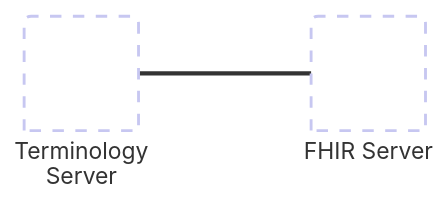
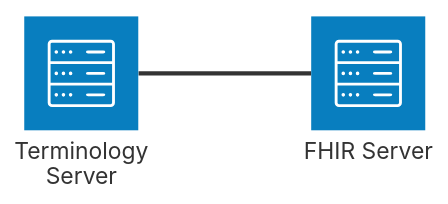
The diagram in README.md (medizininformatik-initiative/DQA-CQL), drawn with Mermaid before and after one commit.

````diff
--- a/README.md
+++ b/README.md
@@ -15,6 +15,6 @@
 ```mermaid
 architecture-beta
-    service ts[Terminology Server]
-    service db[FHIR Server]
+    service ts(server)[Terminology Server]
+    service db(server)[FHIR Server]
     db:L -- R:ts
 ```
````
